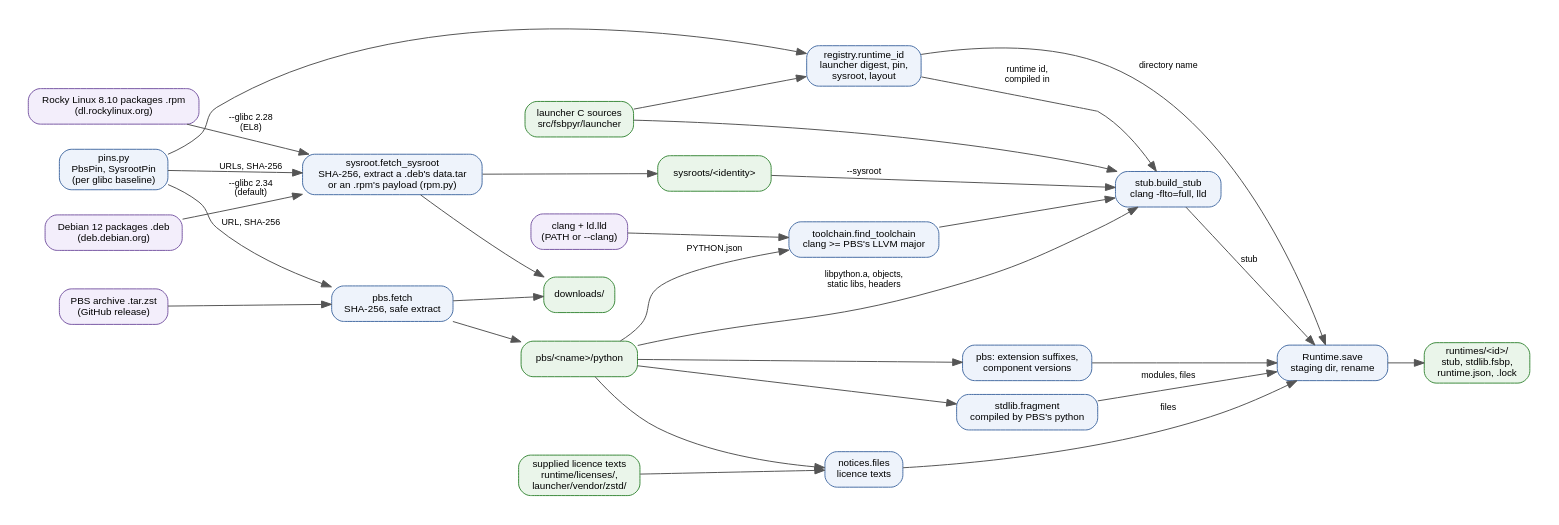
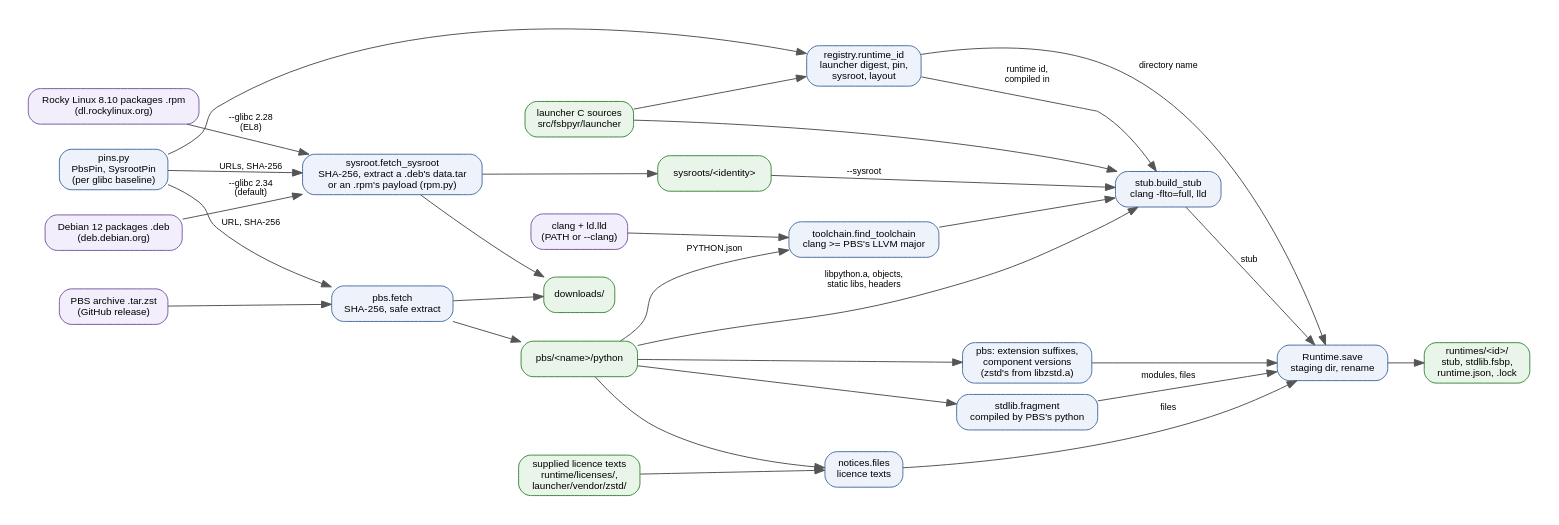
One commit to devitops-com/fsbpyr changed the diagram in wiki/diagrams/runtime-build.dot. Above: the diagram before and after it, drawn with Graphviz. The commit also changed 26 other files, not shown here.

```diff
--- a/wiki/diagrams/runtime-build.dot
+++ b/wiki/diagrams/runtime-build.dot
@@ -1,62 +1,62 @@
 digraph runtime_build {
   graph [fontname="Helvetica" fontsize=11 rankdir=LR bgcolor="white" pad=0.3 nodesep=0.35 ranksep=0.5];
   node [fontname="Helvetica" fontsize=10 shape=box style="rounded,filled" fillcolor="#eef3fb" color="#4a6fa5"];
   edge [fontname="Helvetica" fontsize=9 color="#555555"];
 
   // external inputs
   archive [label="PBS archive .tar.zst\n(GitHub release)" fillcolor="#f3eefb" color="#7a5aa5"];
   debs [label="Debian 12 packages .deb\n(deb.debian.org)" fillcolor="#f3eefb" color="#7a5aa5"];
   rpms [label="Rocky Linux 8.10 packages .rpm\n(dl.rockylinux.org)" fillcolor="#f3eefb" color="#7a5aa5"];
   clang [label="clang + ld.lld\n(PATH or --clang)" fillcolor="#f3eefb" color="#7a5aa5"];
 
   // inputs inside fsbpyr
   pins [label="pins.py\nPbsPin, SysrootPin\n(per glibc baseline)"];
   csrc [label="launcher C sources\nsrc/fsbpyr/launcher" fillcolor="#eaf5ea" color="#3d8b3d"];
   licences [label="supplied licence texts\nruntime/licenses/,\nlauncher/vendor/zstd/" fillcolor="#eaf5ea" color="#3d8b3d"];
 
   // steps
   rid [label="registry.runtime_id\nlauncher digest, pin,\nsysroot, layout"];
   fetch [label="pbs.fetch\nSHA-256, safe extract"];
   sysfetch [label="sysroot.fetch_sysroot\nSHA-256, extract a .deb's data.tar\nor an .rpm's payload (rpm.py)"];
   find [label="toolchain.find_toolchain\nclang >= PBS's LLVM major"];
   stub [label="stub.build_stub\nclang -flto=full, lld"];
   stdlib [label="stdlib.fragment\ncompiled by PBS's python"];
   notices [label="notices.files\nlicence texts"];
-  ask [label="pbs: extension suffixes,\ncomponent versions"];
+  ask [label="pbs: extension suffixes,\ncomponent versions\n(zstd's from libzstd.a)"];
   save [label="Runtime.save\nstaging dir, rename"];
 
   // on disk
   downloads [label="downloads/" fillcolor="#eaf5ea" color="#3d8b3d"];
   pbsdir [label="pbs/<name>/python" fillcolor="#eaf5ea" color="#3d8b3d"];
   sysdir [label="sysroots/<identity>" fillcolor="#eaf5ea" color="#3d8b3d"];
   out [label="runtimes/<id>/\nstub, stdlib.fsbp,\nruntime.json, .lock" fillcolor="#eaf5ea" color="#3d8b3d"];
 
   pins -> fetch [label="URL, SHA-256"];
   archive -> fetch;
   fetch -> downloads;
   fetch -> pbsdir;
   pins -> sysfetch [label="URLs, SHA-256"];
   debs -> sysfetch [label="--glibc 2.34\n(default)"];
   rpms -> sysfetch [label="--glibc 2.28\n(EL8)"];
   sysfetch -> downloads;
   sysfetch -> sysdir;
   pins -> rid;
   csrc -> rid;
   clang -> find;
   pbsdir -> find [label="PYTHON.json"];
   find -> stub;
   csrc -> stub;
   pbsdir -> stub [label="libpython.a, objects,\nstatic libs, headers"];
   sysdir -> stub [label="--sysroot"];
   pbsdir -> stdlib;
   pbsdir -> notices;
   licences -> notices;
   pbsdir -> ask;
   rid -> stub [label="runtime id,\ncompiled in"];
   rid -> save [label="directory name"];
   stub -> save [label="stub"];
   stdlib -> save [label="modules, files"];
   notices -> save [label="files"];
   ask -> save;
   save -> out;
 }
```
